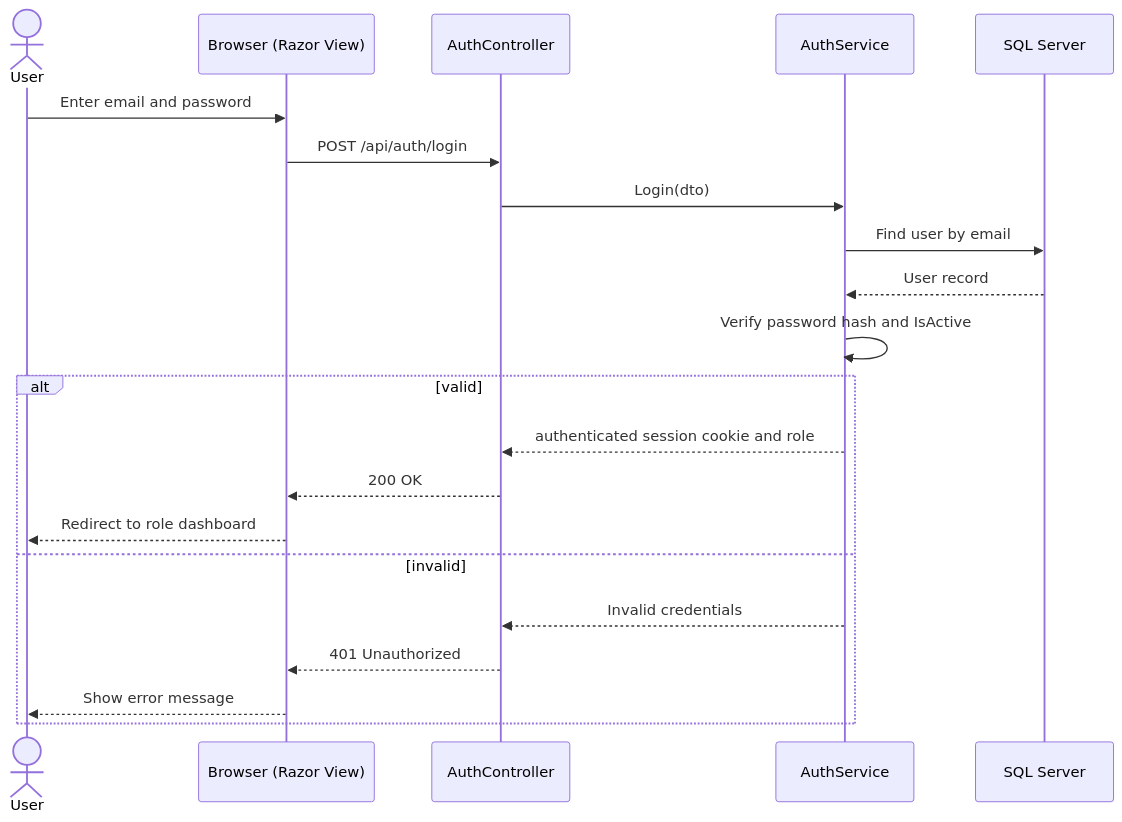
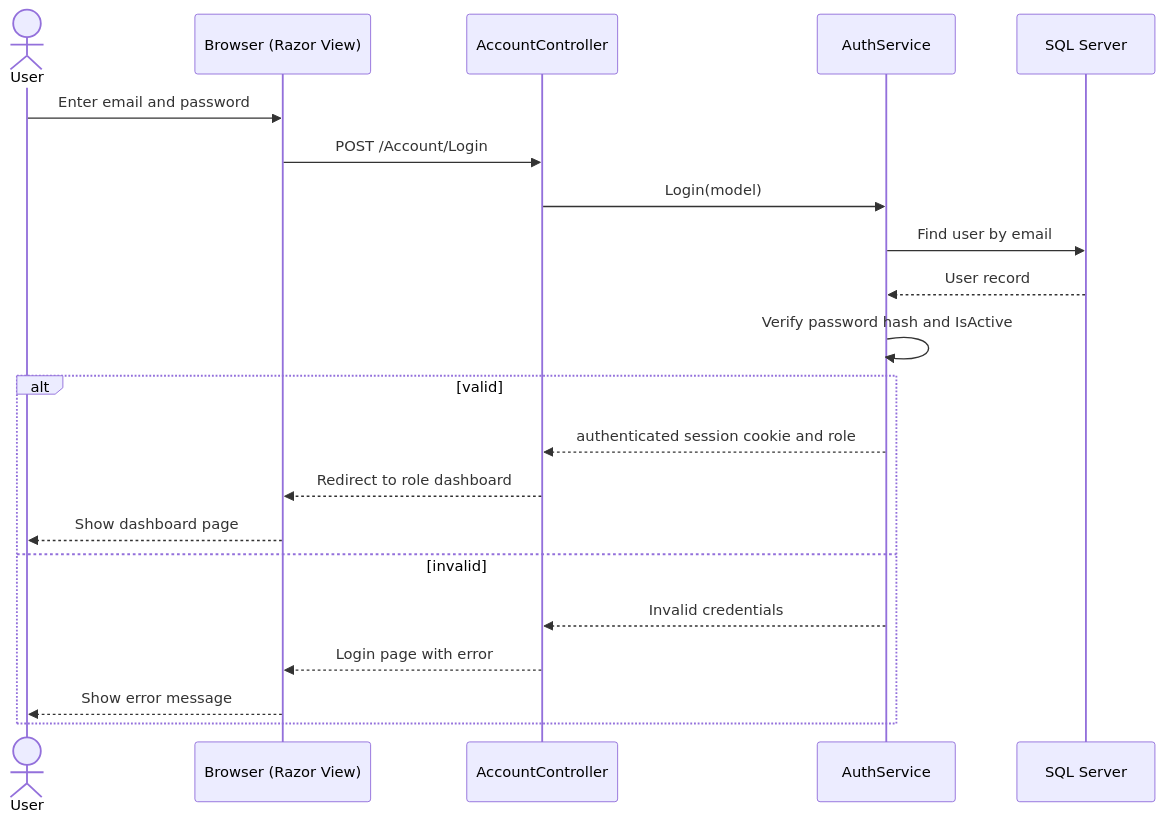
Before and after one commit to MohamedHany1n/Educational-Platform: the first of 3 diagrams in docs/4-analysis-design/07-sequence-diagrams.md, drawn with Mermaid. The commit also changed other lines of this file and 28 other files, not shown here.

````diff
--- a/docs/4-analysis-design/07-sequence-diagrams.md
+++ b/docs/4-analysis-design/07-sequence-diagrams.md
@@ -5,24 +5,24 @@
 ```mermaid
 sequenceDiagram
     actor U as User
     participant FE as Browser (Razor View)
-    participant API as AuthController
+    participant API as AccountController
     participant SV as AuthService
     participant DB as SQL Server
 
     U->>FE: Enter email and password
-    FE->>API: POST /api/auth/login
-    API->>SV: Login(dto)
+    FE->>API: POST /Account/Login
+    API->>SV: Login(model)
     SV->>DB: Find user by email
     DB-->>SV: User record
     SV->>SV: Verify password hash and IsActive
     alt valid
         SV-->>API: authenticated session cookie and role
-        API-->>FE: 200 OK
-        FE-->>U: Redirect to role dashboard
+        API-->>FE: Redirect to role dashboard
+        FE-->>U: Show dashboard page
     else invalid
         SV-->>API: Invalid credentials
-        API-->>FE: 401 Unauthorized
+        API-->>FE: Login page with error
         FE-->>U: Show error message
     end
 ```
````
